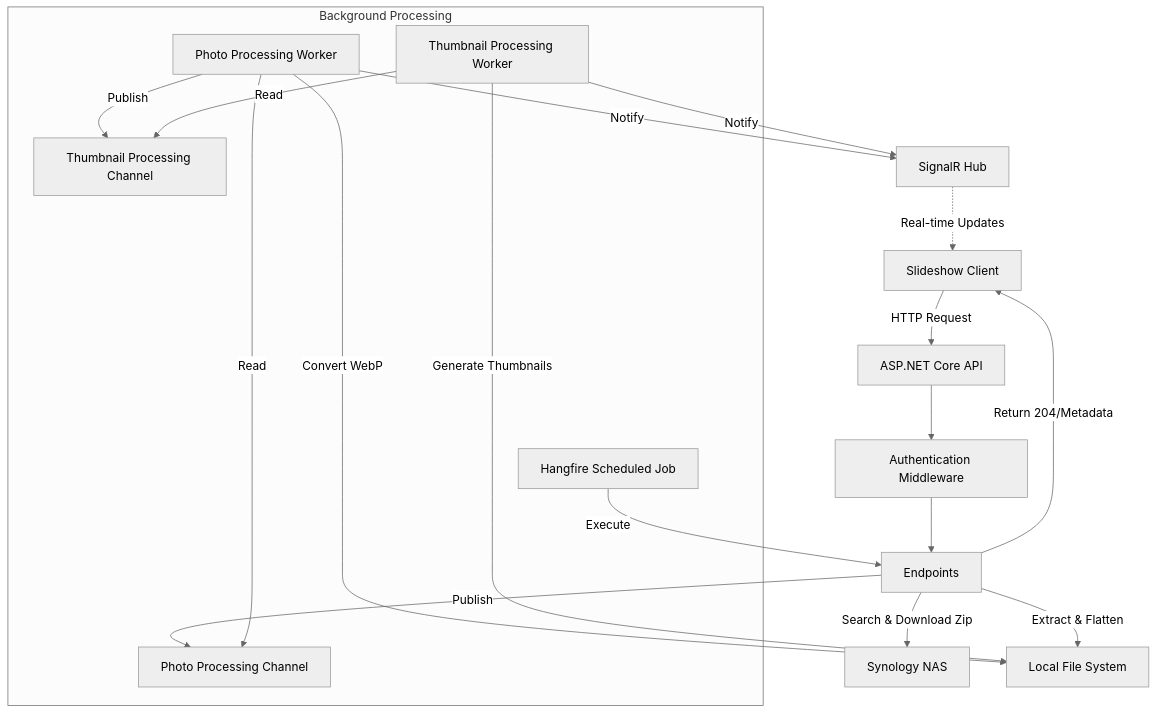
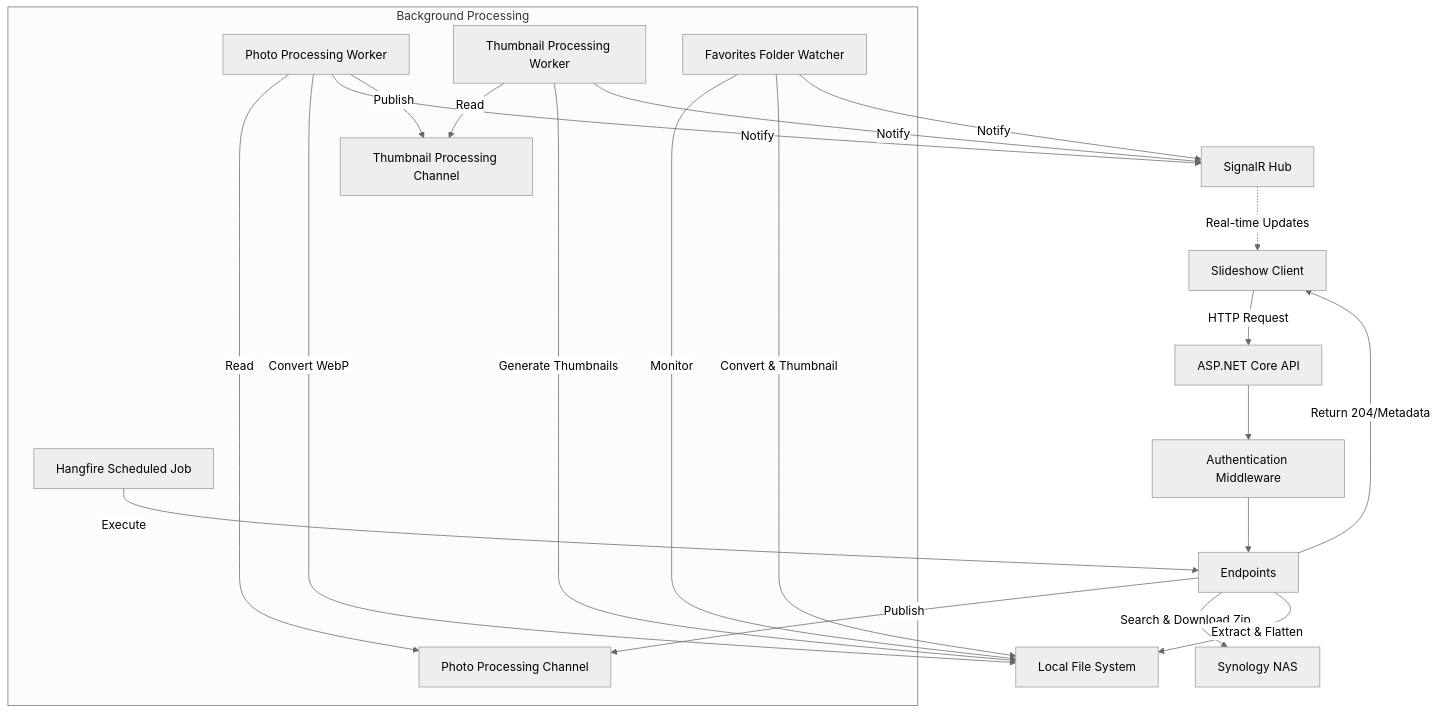
Before and after one commit to esausilva/synology-photos-slideshow-api: the first of 7 diagrams in docs/architecture.md, drawn with Mermaid (neutral theme). The commit also changed other lines of this file and 1 other file, not shown here.

First line of the commit message:
Update Architecture Documentation for Favorites Folder Watcher

````diff
--- a/docs/architecture.md
+++ b/docs/architecture.md
@@ -7,39 +7,44 @@
 ```mermaid
 graph TD
     Client[Slideshow Client]
     API[ASP.NET Core API]
     MW[Authentication Middleware]
     EP[Endpoints]
     NAS[Synology NAS]
     FS[Local File System]
     SignalR[SignalR Hub]
     
     subgraph Background Processing
         PhotoChannel[Photo Processing Channel]
         ThumbChannel[Thumbnail Processing Channel]
         PhotoWorker[Photo Processing Worker]
         ThumbWorker[Thumbnail Processing Worker]
+        FavWorker[Favorites Folder Watcher]
         Hangfire[Hangfire Scheduled Job]
     end
 
     Client -->|HTTP Request| API
     API --> MW
     MW --> EP
     
     EP -->|Search & Download Zip| NAS
     EP -->|Extract & Flatten| FS
     EP -->|Publish| PhotoChannel
     EP -->|Return 204/Metadata| Client
+
+    FavWorker -->|Monitor| FS
+    FavWorker -->|Convert & Thumbnail| FS
+    FavWorker -->|Notify| SignalR
 
     PhotoWorker -->|Read| PhotoChannel
     PhotoWorker -->|Convert WebP| FS
     PhotoWorker -->|Notify| SignalR
     PhotoWorker -->|Publish| ThumbChannel
 
     ThumbWorker -->|Read| ThumbChannel
     ThumbWorker -->|Generate Thumbnails| FS
     ThumbWorker -->|Notify| SignalR
 
     Hangfire -->|Execute| EP
     SignalR -.->|Real-time Updates| Client
 ```
````
